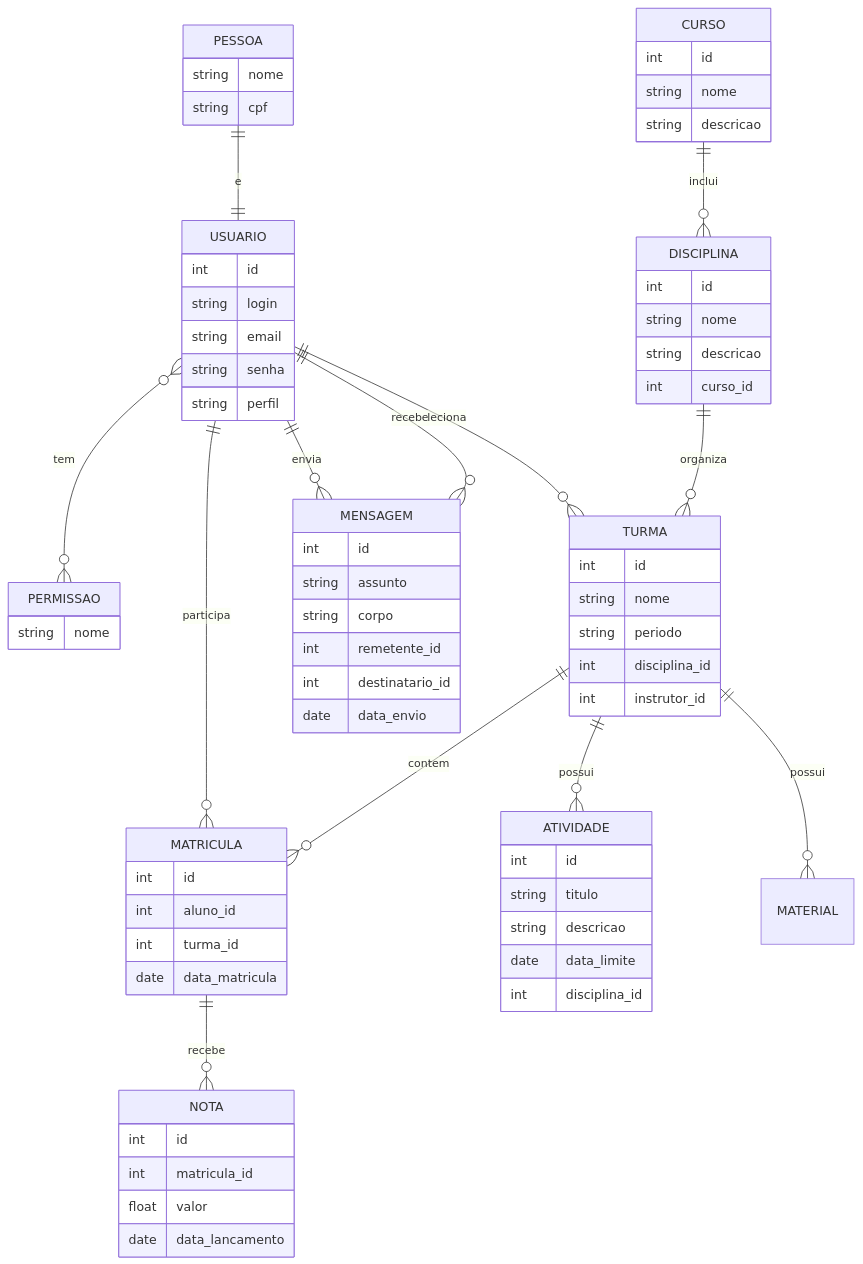
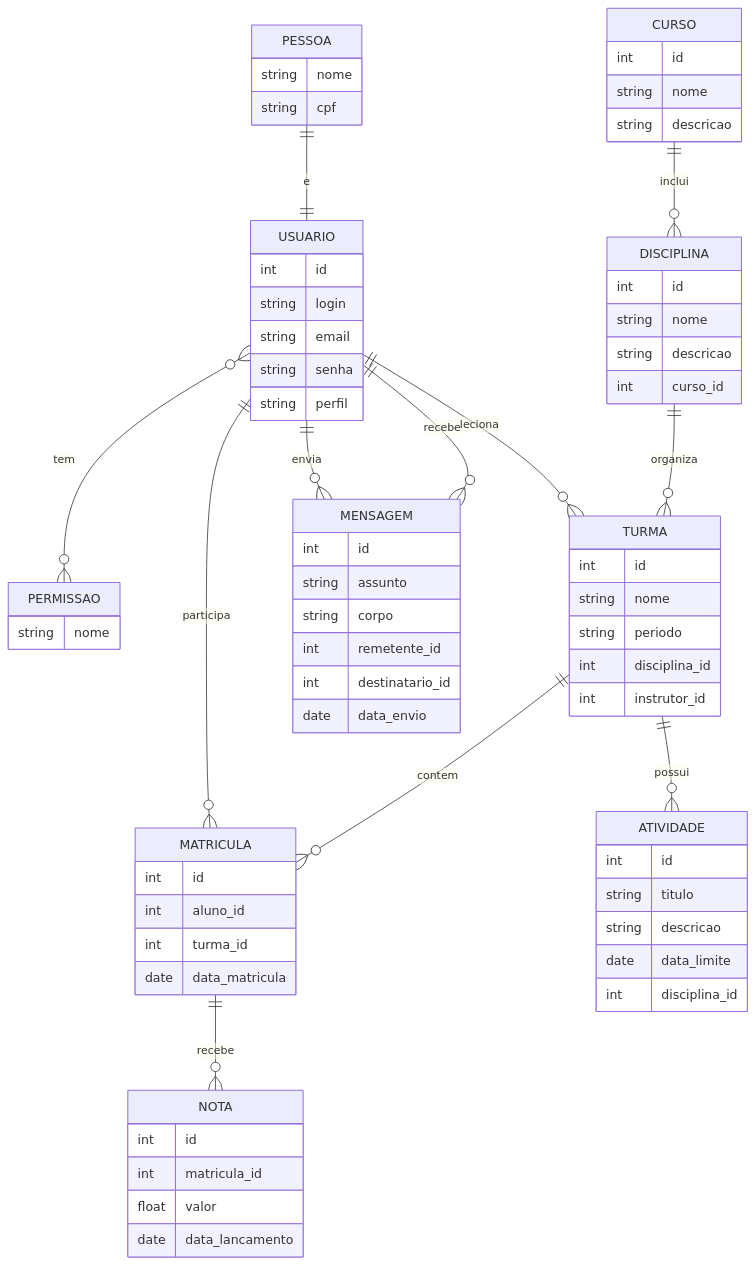
One commit to santanasara/school-management-app changed the diagram in docs/der.md. Above: the diagram before and after it, drawn with Mermaid.

Commit message:
Update der.md (#40)

````diff
--- a/docs/der.md
+++ b/docs/der.md
@@ -83,7 +83,5 @@
 
   TURMA ||--o{ MATRICULA : contem
   TURMA ||--o{ ATIVIDADE : possui
-  TURMA ||--o{ MATERIAL : possui
-
   MATRICULA ||--o{ NOTA : recebe
 ```
````
